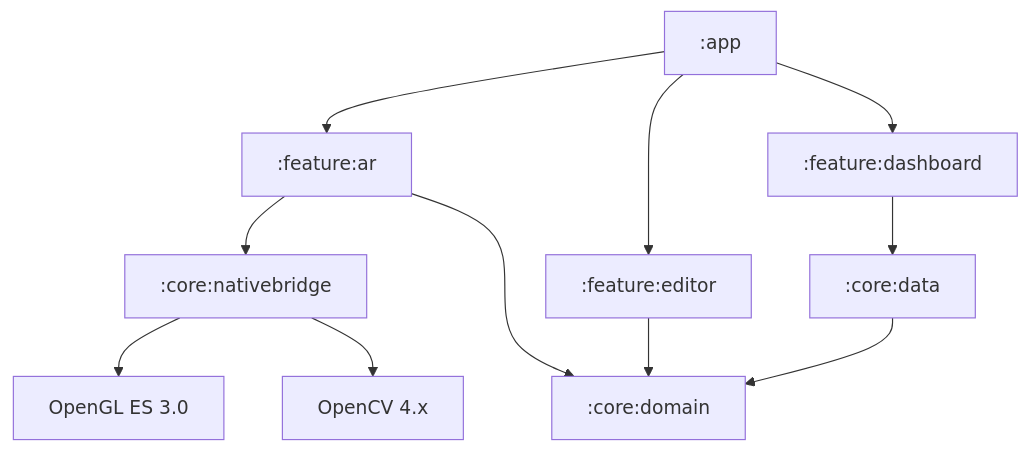
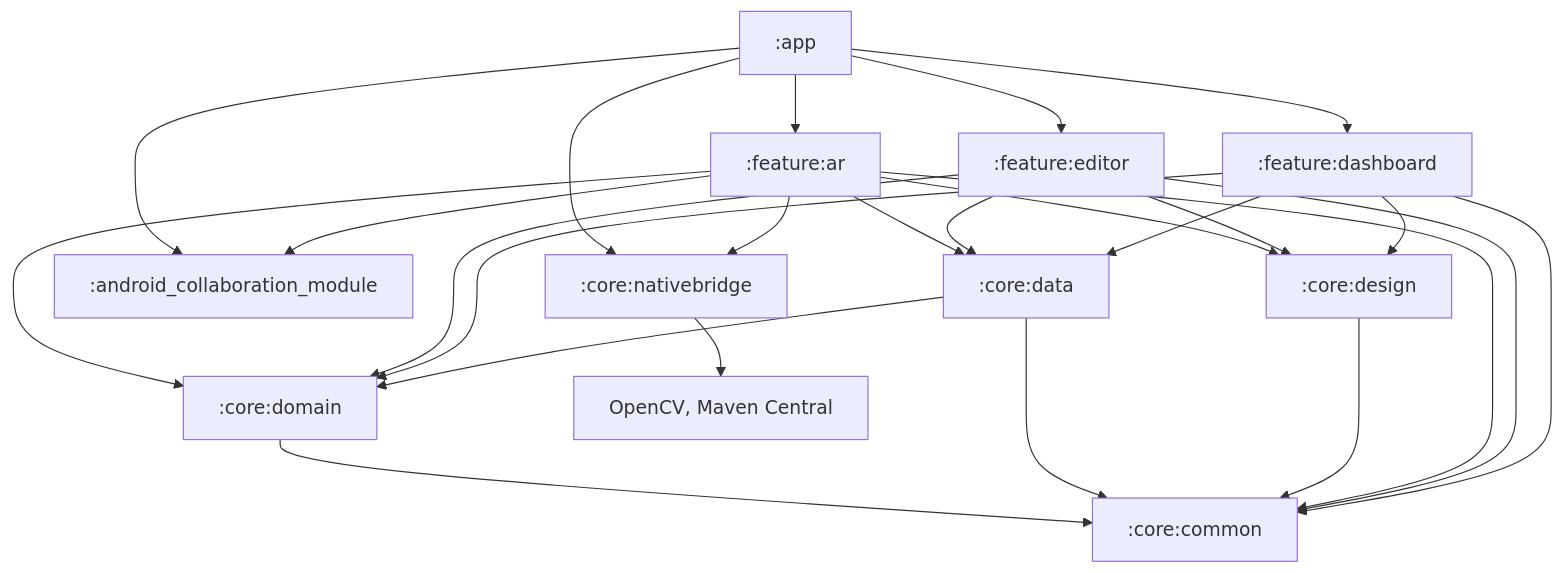
Before and after one commit to HereLiesAz/GraffitiXR: the diagram in docs/ARCHITECTURE.md, drawn with Mermaid. The commit also changed other lines of this file and 9 other files, not shown here.

First line of the commit message:
Correct core architecture/engine docs against current source

```diff
--- a/docs/ARCHITECTURE.md
+++ b/docs/ARCHITECTURE.md
@@ -8,15 +11,29 @@
 ~~~mermaid
 graph TD
     App[":app"] --> FeatureAR[":feature:ar"]
     App --> FeatureEditor[":feature:editor"]
     App --> FeatureDash[":feature:dashboard"]
+    App --> CoreNative[":core:nativebridge"]
+    App --> CoreCollab[":android_collaboration_module"]
 
-    FeatureAR --> CoreNative[":core:nativebridge"]
+    FeatureAR --> CoreNative
+    FeatureAR --> CoreCollab
     FeatureAR --> CoreDomain[":core:domain"]
+    FeatureAR --> CoreData[":core:data"]
+    FeatureAR --> CoreDesign[":core:design"]
     FeatureEditor --> CoreDomain
-    FeatureDash --> CoreData[":core:data"]
+    FeatureEditor --> CoreData
+    FeatureEditor --> CoreDesign
+    FeatureDash --> CoreDomain
+    FeatureDash --> CoreData
+    FeatureDash --> CoreDesign
 
-    CoreNative --> GLES[OpenGL ES 3.0]
-    CoreNative --> OpenCV[OpenCV 4.x]
+    CoreDomain --> CoreCommon[":core:common"]
     CoreData --> CoreDomain
+    CoreData --> CoreCommon
+    CoreDesign --> CoreCommon
+    CoreNative --> OpenCV[OpenCV, Maven Central]
+    FeatureAR --> CoreCommon
+    FeatureEditor --> CoreCommon
+    FeatureDash --> CoreCommon
 ~~~
```
